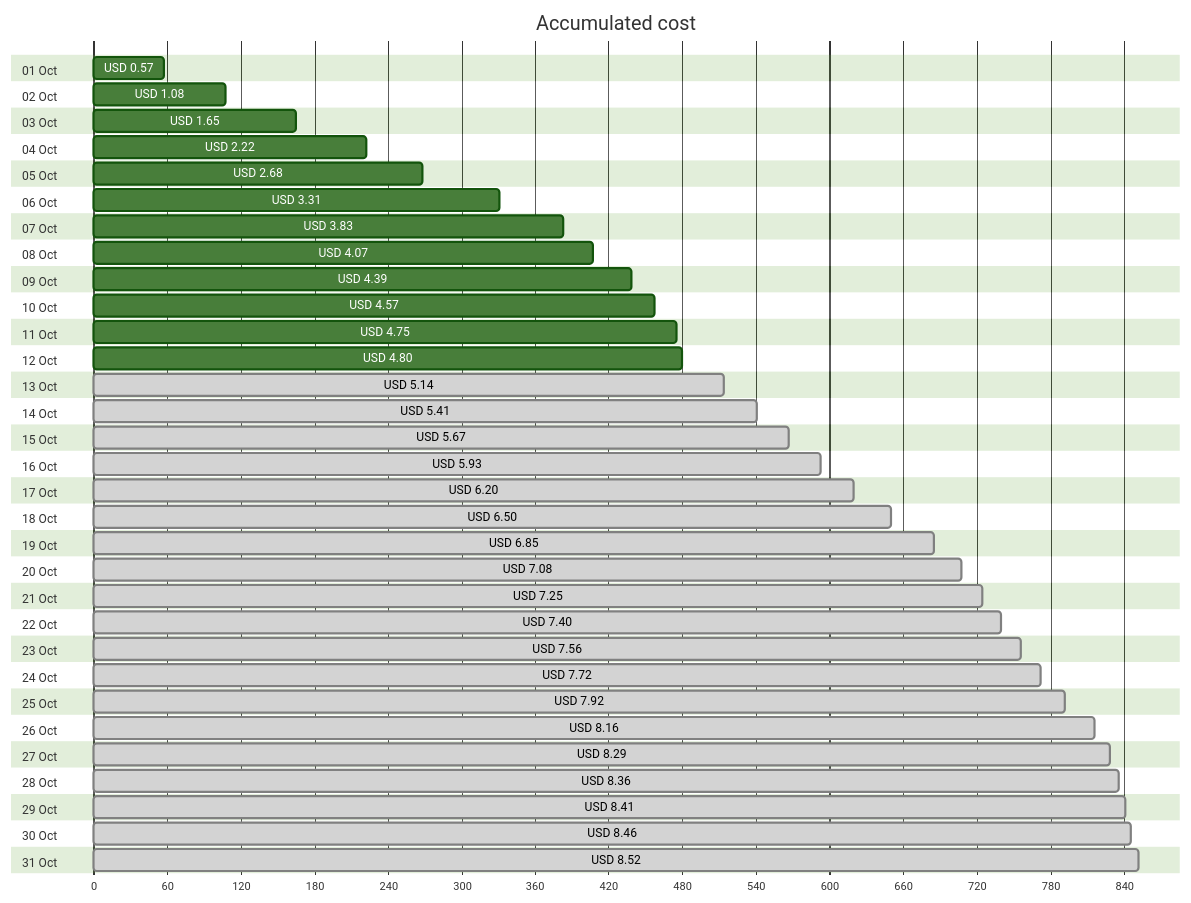
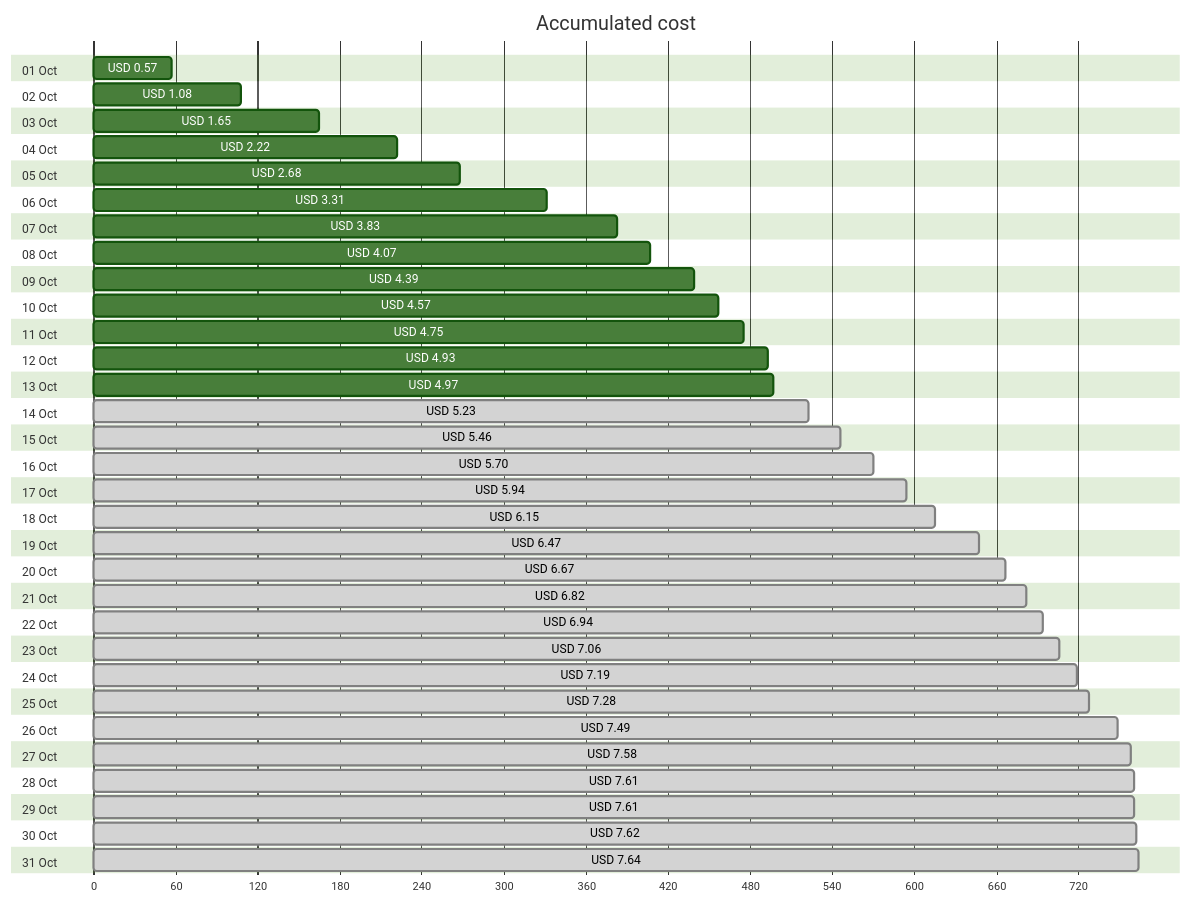
One commit to jpfulton/azure-personal-reports changed the first of 4 diagrams in cost-reports/personal-network/vpn-server.md. Above: the diagram before and after it, drawn with Mermaid (forest theme). The commit also changed other lines of this file and 8 other files, not shown here.

````diff
--- a/cost-reports/personal-network/vpn-server.md
+++ b/cost-reports/personal-network/vpn-server.md
@@ -20,68 +20,68 @@
 ```mermaid
 gantt
    title Accumulated cost
    dateFormat  X
    axisFormat %s
    section 01 Oct
    USD 0.57 :0, 57
    section 02 Oct
    USD 1.08 :0, 108
    section 03 Oct
    USD 1.65 :0, 165
    section 04 Oct
    USD 2.22 :0, 222
    section 05 Oct
    USD 2.68 :0, 268
    section 06 Oct
    USD 3.31 :0, 331
    section 07 Oct
    USD 3.83 :0, 383
    section 08 Oct
    USD 4.07 :0, 407
    section 09 Oct
    USD 4.39 :0, 439
    section 10 Oct
    USD 4.57 :0, 457
    section 11 Oct
    USD 4.75 :0, 475
    section 12 Oct
-   USD 4.80 :0, 480
+   USD 4.93 :0, 493
    section 13 Oct
-   USD 5.14 : done, 0, 514
+   USD 4.97 :0, 497
    section 14 Oct
-   USD 5.41 : done, 0, 541
+   USD 5.23 : done, 0, 523
    section 15 Oct
-   USD 5.67 : done, 0, 567
+   USD 5.46 : done, 0, 546
    section 16 Oct
-   USD 5.93 : done, 0, 593
+   USD 5.70 : done, 0, 570
    section 17 Oct
-   USD 6.20 : done, 0, 620
+   USD 5.94 : done, 0, 594
    section 18 Oct
-   USD 6.50 : done, 0, 650
+   USD 6.15 : done, 0, 615
    section 19 Oct
-   USD 6.85 : done, 0, 685
+   USD 6.47 : done, 0, 647
    section 20 Oct
-   USD 7.08 : done, 0, 708
+   USD 6.67 : done, 0, 667
    section 21 Oct
-   USD 7.25 : done, 0, 725
+   USD 6.82 : done, 0, 682
    section 22 Oct
-   USD 7.40 : done, 0, 740
+   USD 6.94 : done, 0, 694
    section 23 Oct
-   USD 7.56 : done, 0, 756
+   USD 7.06 : done, 0, 706
    section 24 Oct
-   USD 7.72 : done, 0, 772
+   USD 7.19 : done, 0, 719
    section 25 Oct
-   USD 7.92 : done, 0, 792
+   USD 7.28 : done, 0, 728
    section 26 Oct
-   USD 8.16 : done, 0, 816
+   USD 7.49 : done, 0, 749
    section 27 Oct
-   USD 8.29 : done, 0, 829
+   USD 7.58 : done, 0, 758
    section 28 Oct
-   USD 8.36 : done, 0, 836
+   USD 7.61 : done, 0, 761
    section 29 Oct
-   USD 8.41 : done, 0, 841
+   USD 7.61 : done, 0, 761
    section 30 Oct
-   USD 8.46 : done, 0, 846
+   USD 7.62 : done, 0, 762
    section 31 Oct
-   USD 8.52 : done, 0, 852
+   USD 7.64 : done, 0, 764
 ```
````
